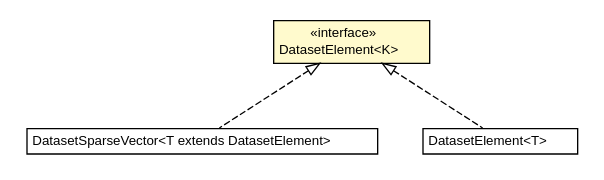
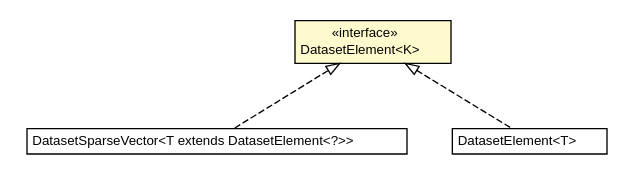
The diagram in docs/it/unica/foresee/datasets/interfaces/DatasetElement.dot (UnicaLabs-CS/Foresee), drawn with Graphviz before and after one commit. The commit also changed 167 other files, not shown here.

```diff
--- a/docs/it/unica/foresee/datasets/interfaces/DatasetElement.dot
+++ b/docs/it/unica/foresee/datasets/interfaces/DatasetElement.dot
@@ -1,35 +1,35 @@
 #!/usr/local/bin/dot
 #
 # Class diagram 
 # Generated by UMLGraph version 5.2 (http://www.umlgraph.org/)
 #
 
 digraph G {
 	edge [fontname="Helvetica",fontsize=10,labelfontname="Helvetica",labelfontsize=10];
 	node [fontname="Helvetica",fontsize=10,shape=plaintext];
 	nodesep=0.25;
 	ranksep=0.5;
-	// it.unica.foresee.datasets.DatasetSparseVector<T extends it.unica.foresee.datasets.interfaces.DatasetElement>
-	c1782 [label=<<table title="it.unica.foresee.datasets.DatasetSparseVector" border="0" cellborder="1" cellspacing="0" cellpadding="2" port="p" href="../DatasetSparseVector.html">
+	// it.unica.foresee.datasets.DatasetSparseVector<T extends it.unica.foresee.datasets.interfaces.DatasetElement<?>>
+	c1994 [label=<<table title="it.unica.foresee.datasets.DatasetSparseVector" border="0" cellborder="1" cellspacing="0" cellpadding="2" port="p" href="../DatasetSparseVector.html">
 		<tr><td><table border="0" cellspacing="0" cellpadding="1">
-<tr><td align="center" balign="center"> DatasetSparseVector&lt;T extends DatasetElement&gt; </td></tr>
+<tr><td align="center" balign="center"> DatasetSparseVector&lt;T extends DatasetElement&lt;?&gt;&gt; </td></tr>
 		</table></td></tr>
 		</table>>, fontname="Helvetica", fontcolor="black", fontsize=10.0];
 	// it.unica.foresee.datasets.DatasetElement<T>
-	c1788 [label=<<table title="it.unica.foresee.datasets.DatasetElement" border="0" cellborder="1" cellspacing="0" cellpadding="2" port="p" href="../DatasetElement.html">
+	c2000 [label=<<table title="it.unica.foresee.datasets.DatasetElement" border="0" cellborder="1" cellspacing="0" cellpadding="2" port="p" href="../DatasetElement.html">
 		<tr><td><table border="0" cellspacing="0" cellpadding="1">
 <tr><td align="center" balign="center"> DatasetElement&lt;T&gt; </td></tr>
 		</table></td></tr>
 		</table>>, fontname="Helvetica", fontcolor="black", fontsize=10.0];
 	// it.unica.foresee.datasets.interfaces.DatasetElement<K>
-	c1794 [label=<<table title="it.unica.foresee.datasets.interfaces.DatasetElement" border="0" cellborder="1" cellspacing="0" cellpadding="2" port="p" bgcolor="lemonChiffon" href="./DatasetElement.html">
+	c2006 [label=<<table title="it.unica.foresee.datasets.interfaces.DatasetElement" border="0" cellborder="1" cellspacing="0" cellpadding="2" port="p" bgcolor="lemonChiffon" href="./DatasetElement.html">
 		<tr><td><table border="0" cellspacing="0" cellpadding="1">
 <tr><td align="center" balign="center"> &#171;interface&#187; </td></tr>
 <tr><td align="center" balign="center"> DatasetElement&lt;K&gt; </td></tr>
 		</table></td></tr>
 		</table>>, fontname="Helvetica", fontcolor="black", fontsize=10.0];
-	//it.unica.foresee.datasets.DatasetSparseVector<T extends it.unica.foresee.datasets.interfaces.DatasetElement> implements it.unica.foresee.datasets.interfaces.DatasetElement<K>
-	c1794:p -> c1782:p [dir=back,arrowtail=empty,style=dashed];
+	//it.unica.foresee.datasets.DatasetSparseVector<T extends it.unica.foresee.datasets.interfaces.DatasetElement<?>> implements it.unica.foresee.datasets.interfaces.DatasetElement<K>
+	c2006:p -> c1994:p [dir=back,arrowtail=empty,style=dashed];
 	//it.unica.foresee.datasets.DatasetElement<T> implements it.unica.foresee.datasets.interfaces.DatasetElement<K>
-	c1794:p -> c1788:p [dir=back,arrowtail=empty,style=dashed];
+	c2006:p -> c2000:p [dir=back,arrowtail=empty,style=dashed];
 }
```
